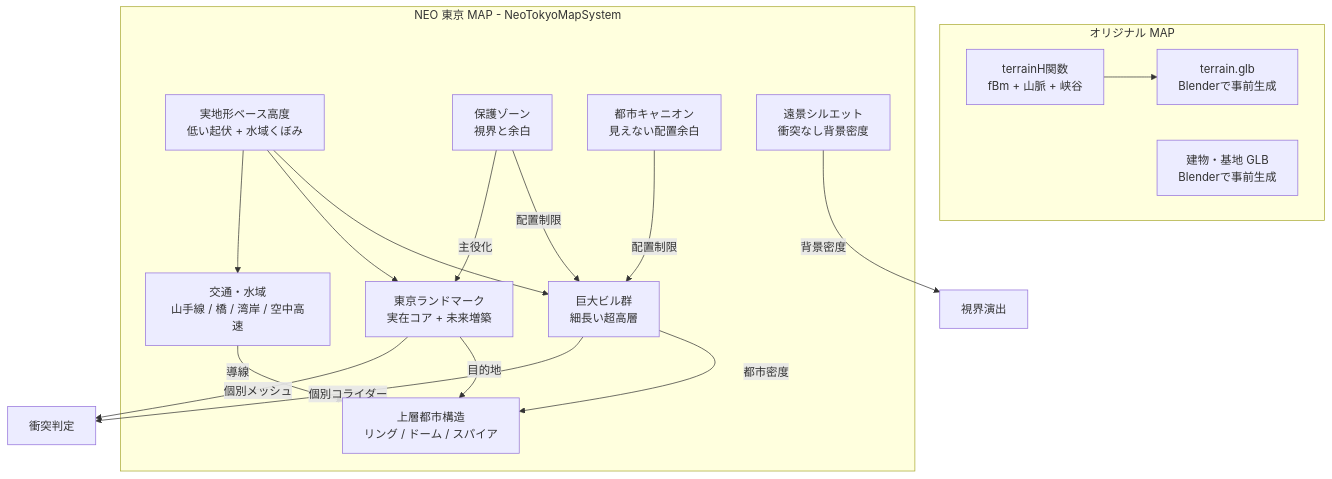
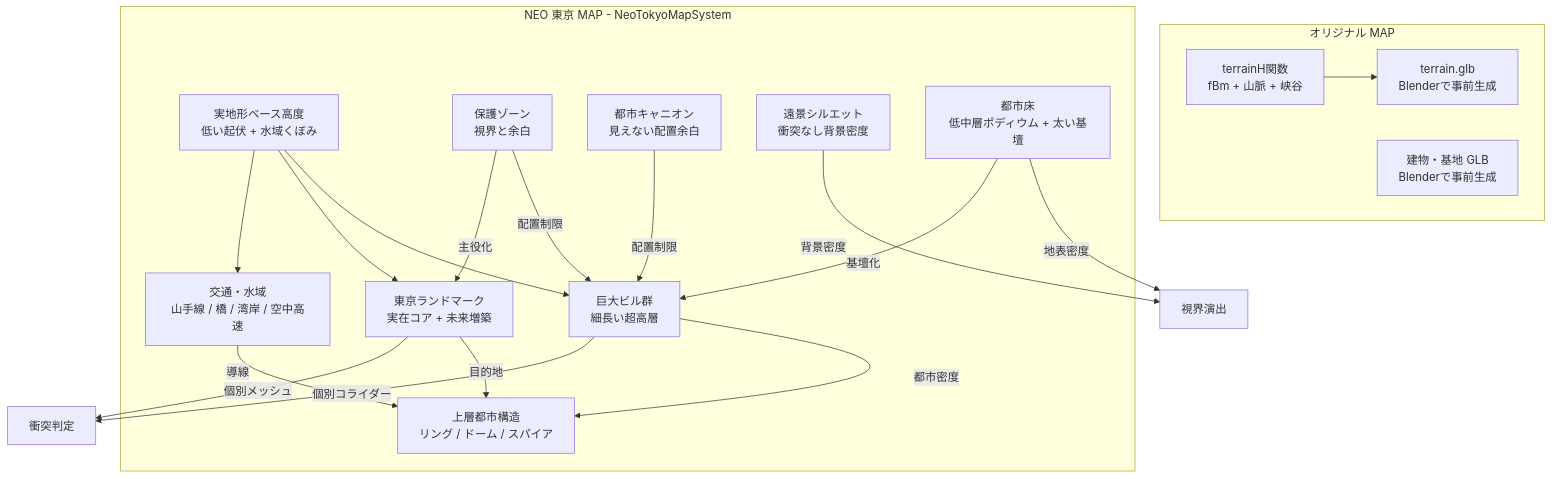
The third of 6 diagrams in docs/3_architecture.md (CDS-dev-dev/AirFighter), drawn with Mermaid before and after one commit. The commit also changed other lines of this file and 6 other files, not shown here.

````diff
--- a/docs/3_architecture.md
+++ b/docs/3_architecture.md
@@ -93,33 +93,36 @@
 ```mermaid
 graph TD
     subgraph オリジナル MAP
         A1[terrainH関数\nfBm + 山脈 + 峡谷]
         A2[terrain.glb\nBlenderで事前生成]
         A3[建物・基地 GLB\nBlenderで事前生成]
     end
 
     subgraph NEO 東京 MAP - NeoTokyoMapSystem
         B1[実地形ベース高度\n低い起伏 + 水域くぼみ]
         B2[巨大ビル群\n細長い超高層]
         B3[東京ランドマーク\n実在コア + 未来増築]
         B4[交通・水域\n山手線 / 橋 / 湾岸 / 空中高速]
         B5[保護ゾーン\n視界と余白]
         B6[上層都市構造\nリング / ドーム / スパイア]
         B7[都市キャニオン\n見えない配置余白]
         B8[遠景シルエット\n衝突なし背景密度]
+        B9[都市床\n低中層ポディウム + 太い基壇]
     end
 
     A1 --> A2
     B1 --> B2
     B1 --> B3
     B5 -->|配置制限| B2
     B5 -->|主役化| B3
     B1 --> B4
     B2 -->|都市密度| B6
     B3 -->|目的地| B6
     B4 -->|導線| B6
     B7 -->|配置制限| B2
     B8 -->|背景密度| H[視界演出]
+    B9 -->|地表密度| H
+    B9 -->|基壇化| B2
     B3 -->|個別メッシュ| C[衝突判定]
     B2 -->|個別コライダー| C
 ```
````
